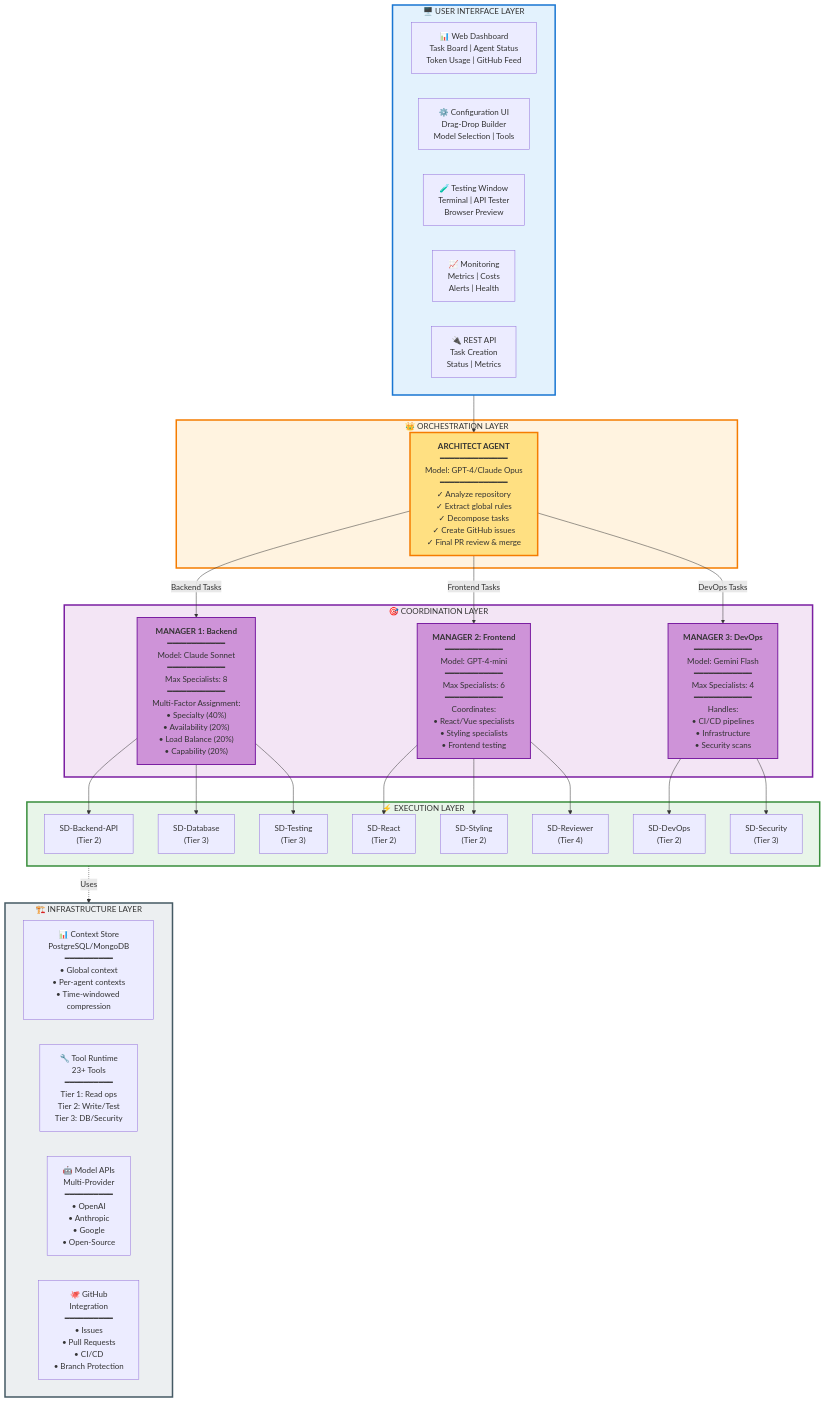
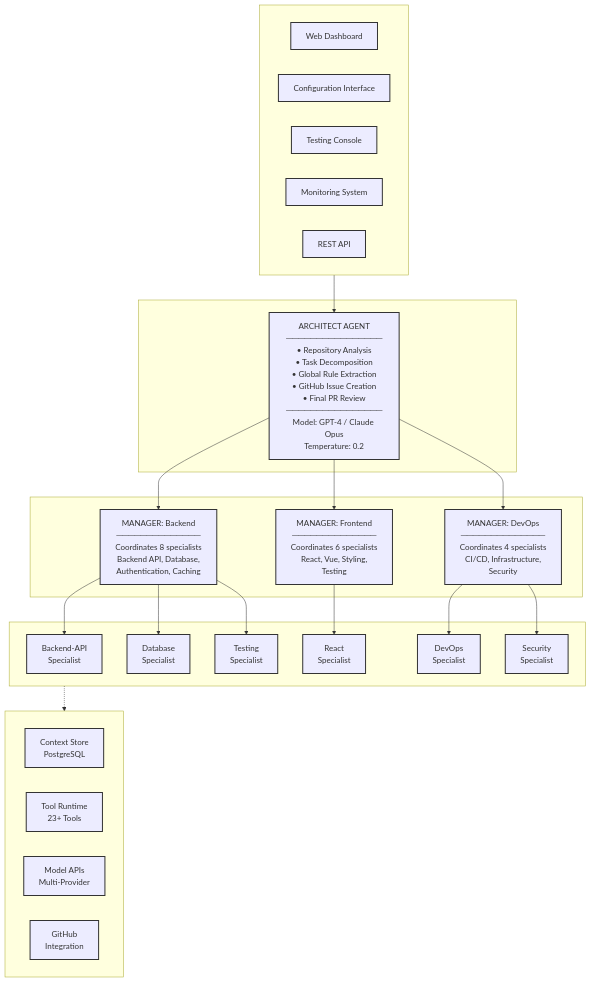
Before and after one commit to MRiARC/ai-coding-harness: the first of 10 diagrams in README.md, drawn with Mermaid. The commit also changed other lines of this file, not shown here.

Commit message:
Refactor: Professional B&W diagrams with improved clarity and structure

````diff
--- a/README.md
+++ b/README.md
@@ -5,72 +29,51 @@
 ```mermaid
 graph TB
-    subgraph UI["🖥️ USER INTERFACE LAYER"]
-        Dashboard["📊 Web Dashboard<br/>Task Board | Agent Status<br/>Token Usage | GitHub Feed"]
-        ConfigUI["⚙️ Configuration UI<br/>Drag-Drop Builder<br/>Model Selection | Tools"]
-        TestWindow["🧪 Testing Window<br/>Terminal | API Tester<br/>Browser Preview"]
-        Monitoring["📈 Monitoring<br/>Metrics | Costs<br/>Alerts | Health"]
-        API["🔌 REST API<br/>Task Creation<br/>Status | Metrics"]
+    subgraph Layer1[" "]
+        direction LR
+        UI1["Web Dashboard"]
+        UI2["Configuration Interface"]
+        UI3["Testing Console"]
+        UI4["Monitoring System"]
+        UI5["REST API"]
     end
     
-    subgraph ORCH["👑 ORCHESTRATION LAYER"]
-        Architect["<b>ARCHITECT AGENT</b><br/>━━━━━━━━━━━━━━<br/>Model: GPT-4/Claude Opus<br/>━━━━━━━━━━━━━━<br/>✓ Analyze repository<br/>✓ Extract global rules<br/>✓ Decompose tasks<br/>✓ Create GitHub issues<br/>✓ Final PR review & merge"]
+    subgraph Layer2[" "]
+        Architect["ARCHITECT AGENT<br/>────────────────<br/>• Repository Analysis<br/>• Task Decomposition<br/>• Global Rule Extraction<br/>• GitHub Issue Creation<br/>• Final PR Review<br/>────────────────<br/>Model: GPT-4 / Claude Opus<br/>Temperature: 0.2"]
     end
     
-    subgraph COORD["🎯 COORDINATION LAYER"]
-        Mgr1["<b>MANAGER 1: Backend</b><br/>━━━━━━━━━━━━<br/>Model: Claude Sonnet<br/>━━━━━━━━━━━━<br/>Max Specialists: 8<br/>━━━━━━━━━━━━<br/>Multi-Factor Assignment:<br/>• Specialty (40%)<br/>• Availability (20%)<br/>• Load Balance (20%)<br/>• Capability (20%)"]
-        
-        Mgr2["<b>MANAGER 2: Frontend</b><br/>━━━━━━━━━━━━<br/>Model: GPT-4-mini<br/>━━━━━━━━━━━━<br/>Max Specialists: 6<br/>━━━━━━━━━━━━<br/>Coordinates:<br/>• React/Vue specialists<br/>• Styling specialists<br/>• Frontend testing"]
-        
-        Mgr3["<b>MANAGER 3: DevOps</b><br/>━━━━━━━━━━━━<br/>Model: Gemini Flash<br/>━━━━━━━━━━━━<br/>Max Specialists: 4<br/>━━━━━━━━━━━━<br/>Handles:<br/>• CI/CD pipelines<br/>• Infrastructure<br/>• Security scans"]
+    subgraph Layer3[" "]
+        M1["MANAGER: Backend<br/>──────────────<br/>Coordinates 8 specialists<br/>Backend API, Database,<br/>Authentication, Caching"]
+        M2["MANAGER: Frontend<br/>──────────────<br/>Coordinates 6 specialists<br/>React, Vue, Styling,<br/>Testing"]
+        M3["MANAGER: DevOps<br/>──────────────<br/>Coordinates 4 specialists<br/>CI/CD, Infrastructure,<br/>Security"]
     end
     
-    subgraph EXEC["⚡ EXECUTION LAYER"]
-        SD1["SD-Backend-API<br/>(Tier 2)"]
-        SD2["SD-Database<br/>(Tier 3)"]
-        SD3["SD-React<br/>(Tier 2)"]
-        SD4["SD-Styling<br/>(Tier 2)"]
-        SD5["SD-DevOps<br/>(Tier 2)"]
-        SD6["SD-Security<br/>(Tier 3)"]
-        SD7["SD-Testing<br/>(Tier 3)"]
-        SD8["SD-Reviewer<br/>(Tier 4)"]
+    subgraph Layer4[" "]
+        S1["Backend-API<br/>Specialist"]
+        S2["Database<br/>Specialist"]
+        S3["React<br/>Specialist"]
+        S4["DevOps<br/>Specialist"]
+        S5["Security<br/>Specialist"]
+        S6["Testing<br/>Specialist"]
     end
     
-    subgraph INFRA["🏗️ INFRASTRUCTURE LAYER"]
-        Context["📊 Context Store<br/>PostgreSQL/MongoDB<br/>━━━━━━━━━━<br/>• Global context<br/>• Per-agent contexts<br/>• Time-windowed compression"]
-        
-        Tools["🔧 Tool Runtime<br/>23+ Tools<br/>━━━━━━━━━━<br/>Tier 1: Read ops<br/>Tier 2: Write/Test<br/>Tier 3: DB/Security"]
-        
-        Models["🤖 Model APIs<br/>Multi-Provider<br/>━━━━━━━━━━<br/>• OpenAI<br/>• Anthropic<br/>• Google<br/>• Open-Source"]
-        
-        GitHub["🐙 GitHub<br/>Integration<br/>━━━━━━━━━━<br/>• Issues<br/>• Pull Requests<br/>• CI/CD<br/>• Branch Protection"]
+    subgraph Layer5[" "]
+        I1["Context Store<br/>PostgreSQL"]
+        I2["Tool Runtime<br/>23+ Tools"]
+        I3["Model APIs<br/>Multi-Provider"]
+        I4["GitHub<br/>Integration"]
     end
     
-    UI --> Architect
-    Architect -->|Backend Tasks| Mgr1
-    Architect -->|Frontend Tasks| Mgr2
-    Architect -->|DevOps Tasks| Mgr3
+    Layer1 --> Architect
+    Architect --> M1
+    Architect --> M2
+    Architect --> M3
+    M1 --> S1
+    M1 --> S2
+    M1 --> S6
+    M2 --> S3
+    M3 --> S4
+    M3 --> S5
+    Layer4 -.-> Layer5
     
-    Mgr1 --> SD1
-    Mgr1 --> SD2
-    Mgr1 --> SD7
-    
-    Mgr2 --> SD3
-    Mgr2 --> SD4
-    Mgr2 --> SD8
-    
-    Mgr3 --> SD5
-    Mgr3 --> SD6
-    
-    EXEC -.->|Uses| INFRA
-    
-    style UI fill:#E3F2FD,stroke:#1976D2,stroke-width:3px
-    style ORCH fill:#FFF3E0,stroke:#F57C00,stroke-width:3px
-    style COORD fill:#F3E5F5,stroke:#7B1FA2,stroke-width:3px
-    style EXEC fill:#E8F5E9,stroke:#388E3C,stroke-width:3px
-    style INFRA fill:#ECEFF1,stroke:#455A64,stroke-width:3px
-    
-    style Architect fill:#FFE082,stroke:#F57C00,stroke-width:3px
-    style Mgr1 fill:#CE93D8,stroke:#7B1FA2,stroke-width:2px
-    style Mgr2 fill:#CE93D8,stroke:#7B1FA2,stroke-width:2px
-    style Mgr3 fill:#CE93D8,stroke:#7B1FA2,stroke-width:2px
+    classDef default stroke:#333,stroke-width:2px
 ```
````
